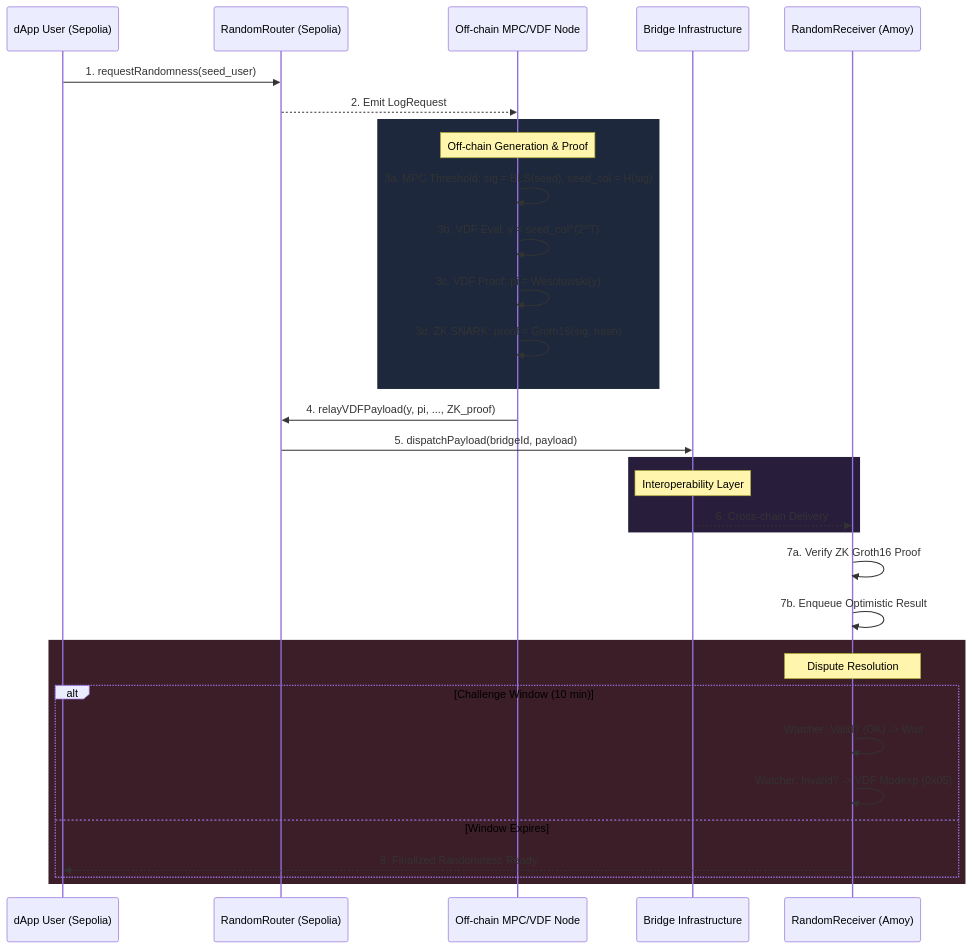
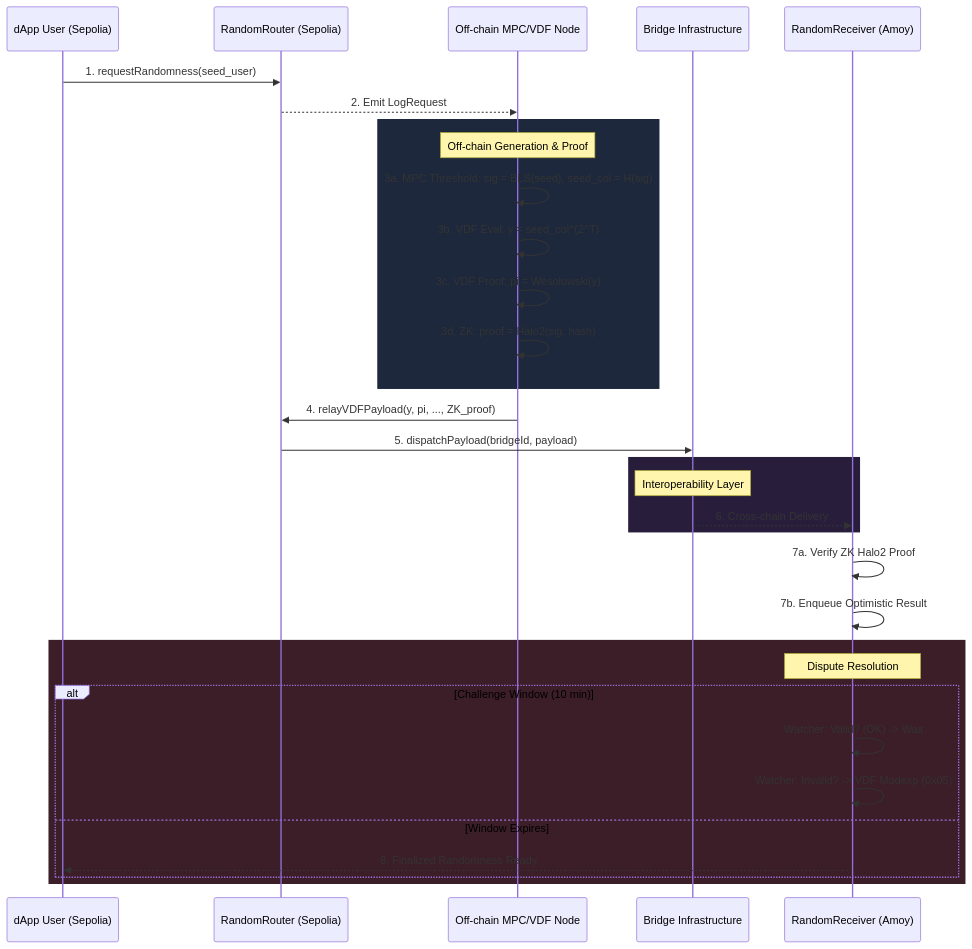
Before and after one commit to MonUITVN23/MPC_VDF: the diagram in Architecture.md, drawn with Mermaid. The commit also changed other lines of this file and 87 other files, not shown here.

````diff
--- a/Architecture.md
+++ b/Architecture.md
@@ -31,40 +31,40 @@
 ```mermaid
 sequenceDiagram
     participant D as dApp User (Sepolia)
     participant R as RandomRouter (Sepolia)
     participant O as Off-chain MPC/VDF Node
     participant B as Bridge Infrastructure
     participant RC as RandomReceiver (Amoy)
     
     D->>R: 1. requestRandomness(seed_user)
     R-->>O: 2. Emit LogRequest
     
     rect rgb(30, 40, 60)
     Note over O: Off-chain Generation & Proof
     O->>O: 3a. MPC Threshold: sig = BLS(seed), seed_col = H(sig)
     O->>O: 3b. VDF Eval: y = seed_col^(2^T)
     O->>O: 3c. VDF Proof: pi = Wesolowski(y)
-    O->>O: 3d. ZK SNARK: proof = Groth16(sig, hash)
+    O->>O: 3d. ZK: proof = Halo2(sig, hash)
     end
     
     O->>R: 4. relayVDFPayload(y, pi, ..., ZK_proof)
     R->>B: 5. dispatchPayload(bridgeId, payload)
     
     rect rgb(40, 30, 60)
     Note over B: Interoperability Layer
     B-->>RC: 6. Cross-chain Delivery
     end
     
-    RC->>RC: 7a. Verify ZK Groth16 Proof
+    RC->>RC: 7a. Verify ZK Halo2 Proof
     RC->>RC: 7b. Enqueue Optimistic Result
     
     rect rgb(60, 30, 40)
     Note over RC: Dispute Resolution
     alt Challenge Window (10 min)
         RC->>RC: Watcher: Valid? (OK) -> Wait
         RC->>RC: Watcher: Invalid? -> VDF Modexp (0x05)
     else Window Expires
         RC-->>D: 8. Finalized Randomness Ready
     end
     end
 ```
````
